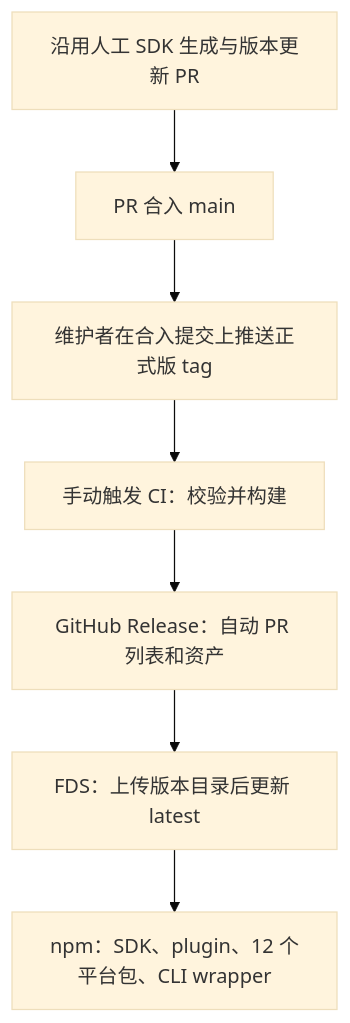
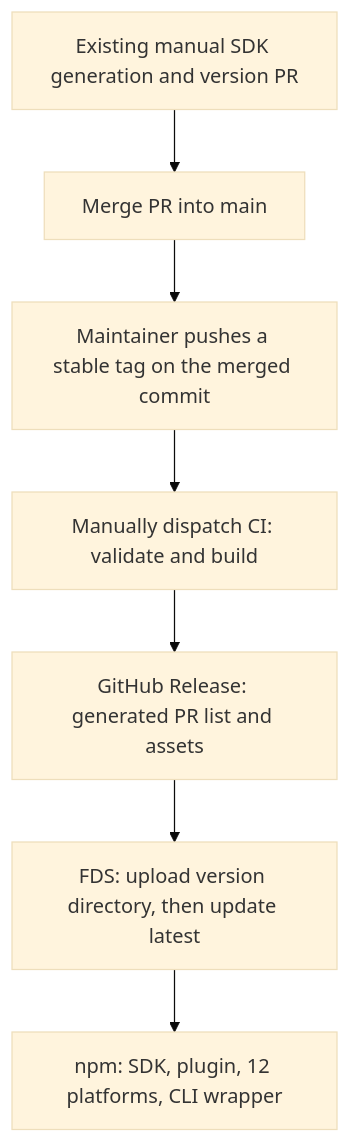
One commit to XiaomiMiMo/MiMo-Code changed the diagram in docs/compose/spec/release-process.md. Above: the diagram before and after it, drawn with Mermaid (base theme). The commit also changed other lines of this file, not shown here.

Commit message:
docs(compose): translate release process specification into English

````diff
--- a/docs/compose/spec/release-process.md
+++ b/docs/compose/spec/release-process.md
@@ -83,9 +83,9 @@
 ```mermaid
 flowchart TD
-  A[沿用人工 SDK 生成与版本更新 PR] --> B[PR 合入 main]
-  B --> C[维护者在合入提交上推送正式版 tag]
-  C --> D[手动触发 CI：校验并构建]
-  D --> E[GitHub Release：自动 PR 列表和资产]
-  E --> F[FDS：上传版本目录后更新 latest]
-  F --> G[npm：SDK、plugin、12 个平台包、CLI wrapper]
+  A[Existing manual SDK generation and version PR] --> B[Merge PR into main]
+  B --> C[Maintainer pushes a stable tag on the merged commit]
+  C --> D[Manually dispatch CI: validate and build]
+  D --> E[GitHub Release: generated PR list and assets]
+  E --> F[FDS: upload version directory, then update latest]
+  F --> G[npm: SDK, plugin, 12 platforms, CLI wrapper]
 ```
````
